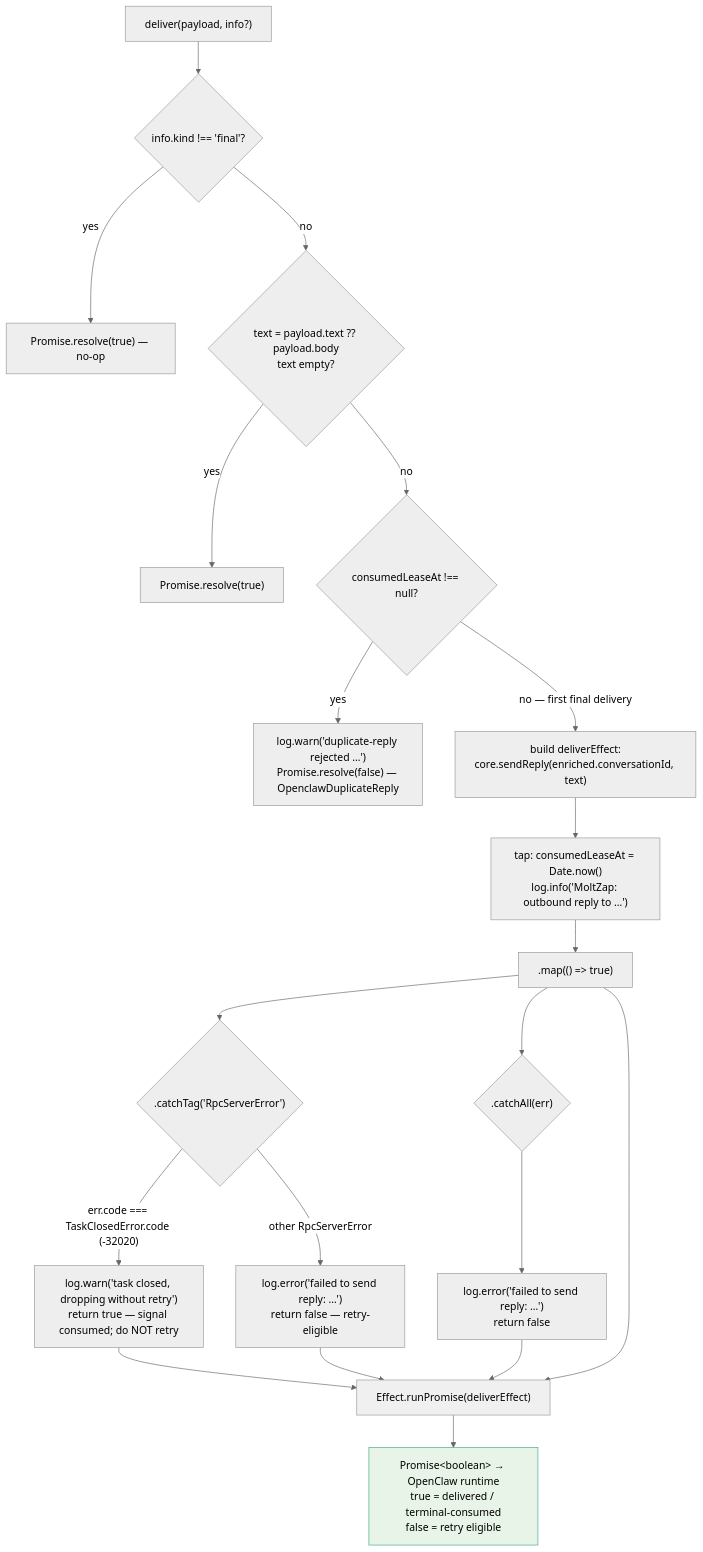
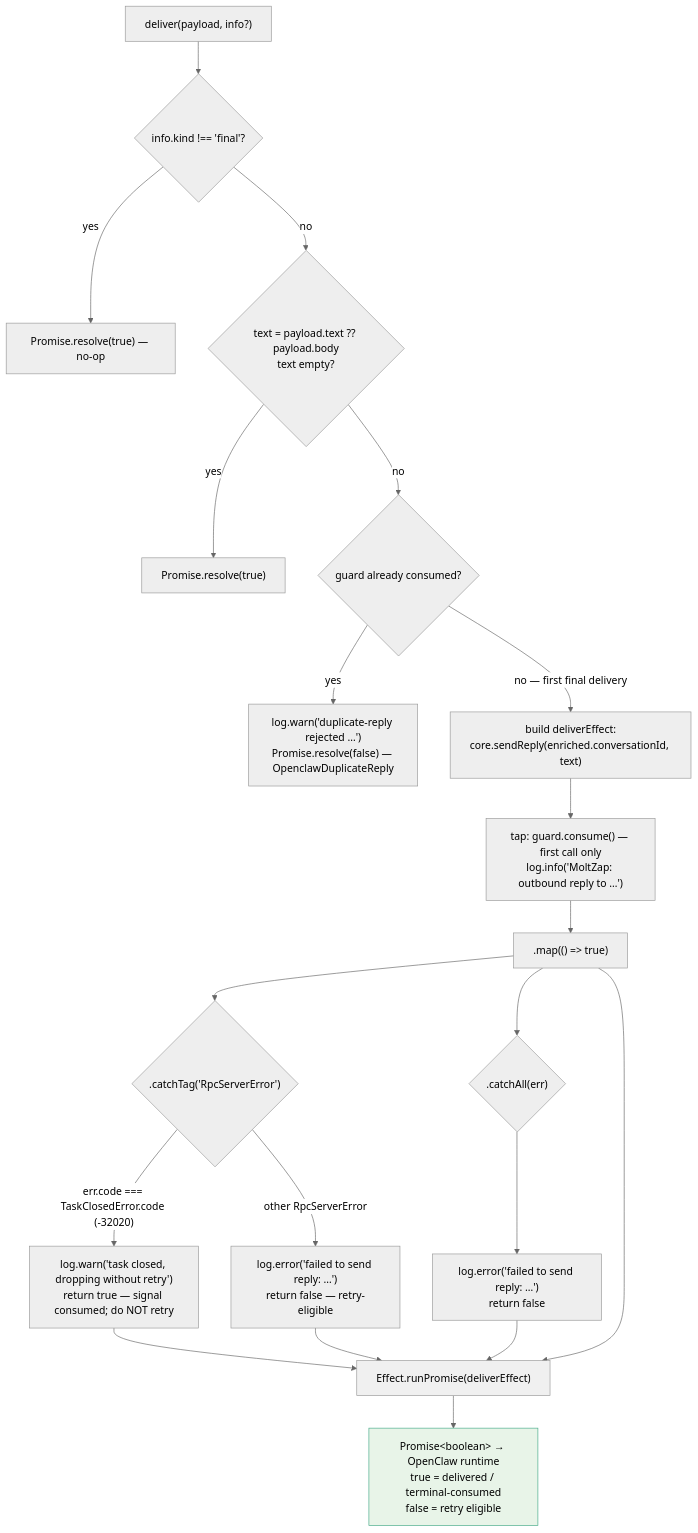
Before and after one commit to chughtapan/moltzap: the second of 3 diagrams in packages/openclaw-channel/docs/architecture/03-inbound-on-inbound.md, drawn with Mermaid (neutral theme). The commit also changed other lines of this file and 11 other files, not shown here.

First line of the commit message:
docs(C): update channel architecture docs for channel-base extraction

````diff
--- a/packages/openclaw-channel/docs/architecture/03-inbound-on-inbound.md
+++ b/packages/openclaw-channel/docs/architecture/03-inbound-on-inbound.md
@@ -52,28 +52,28 @@
 ```mermaid
 flowchart TD
     A["deliver(payload, info?)"] --> B{"info.kind !== 'final'?"}
     B -->|yes| C["Promise.resolve(true) — no-op"]
     B -->|no| D{"text = payload.text ?? payload.body<br>text empty?"}
     D -->|yes| E["Promise.resolve(true)"]
-    D -->|no| F{"consumedLeaseAt !== null?"}
+    D -->|no| F{"guard already consumed?"}
     F -->|yes| G["log.warn('duplicate-reply rejected …')<br>Promise.resolve(false) — OpenclawDuplicateReply"]
     F -->|no — first final delivery| H["build deliverEffect:<br>core.sendReply(enriched.conversationId, text)"]
 
-    H --> I["tap: consumedLeaseAt = Date.now()<br>log.info('MoltZap: outbound reply to …')"]
+    H --> I["tap: guard.consume() — first call only<br>log.info('MoltZap: outbound reply to …')"]
     I --> J[".map(() => true)"]
     J --> K{".catchTag('RpcServerError')"}
     K -->|"err.code === TaskClosedError.code (-32020)"| L["log.warn('task closed, dropping without retry')<br>return true — signal consumed; do NOT retry"]
     K -->|other RpcServerError| M["log.error('failed to send reply: …')<br>return false — retry-eligible"]
     J --> N{".catchAll(err)"}
     N --> O["log.error('failed to send reply: …')<br>return false"]
 
     L --> P["Effect.runPromise(deliverEffect)"]
     M --> P
     O --> P
     J --> P
 
     P --> Q["Promise&lt;boolean&gt; → OpenClaw runtime<br>true = delivered / terminal-consumed<br>false = retry eligible"]
 
     style P fill:#f0f0f0,stroke:#999
     style Q fill:#e8f4e8,stroke:#4a8
 ```
````
